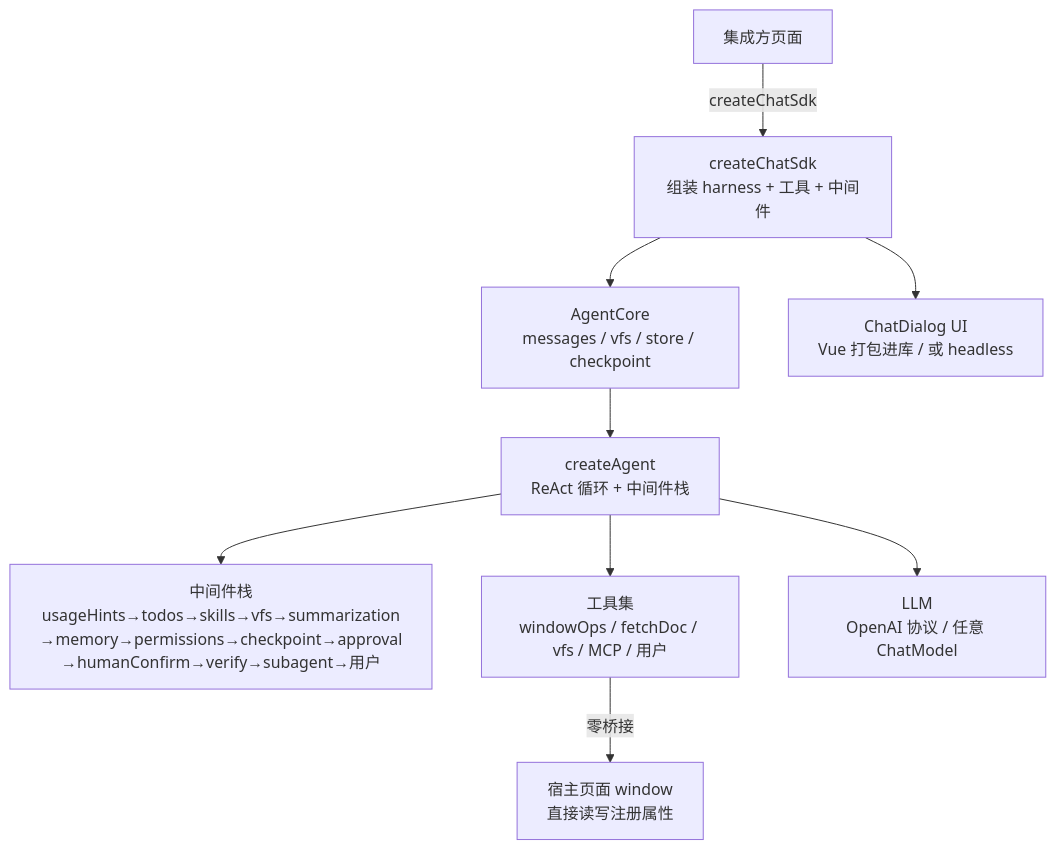
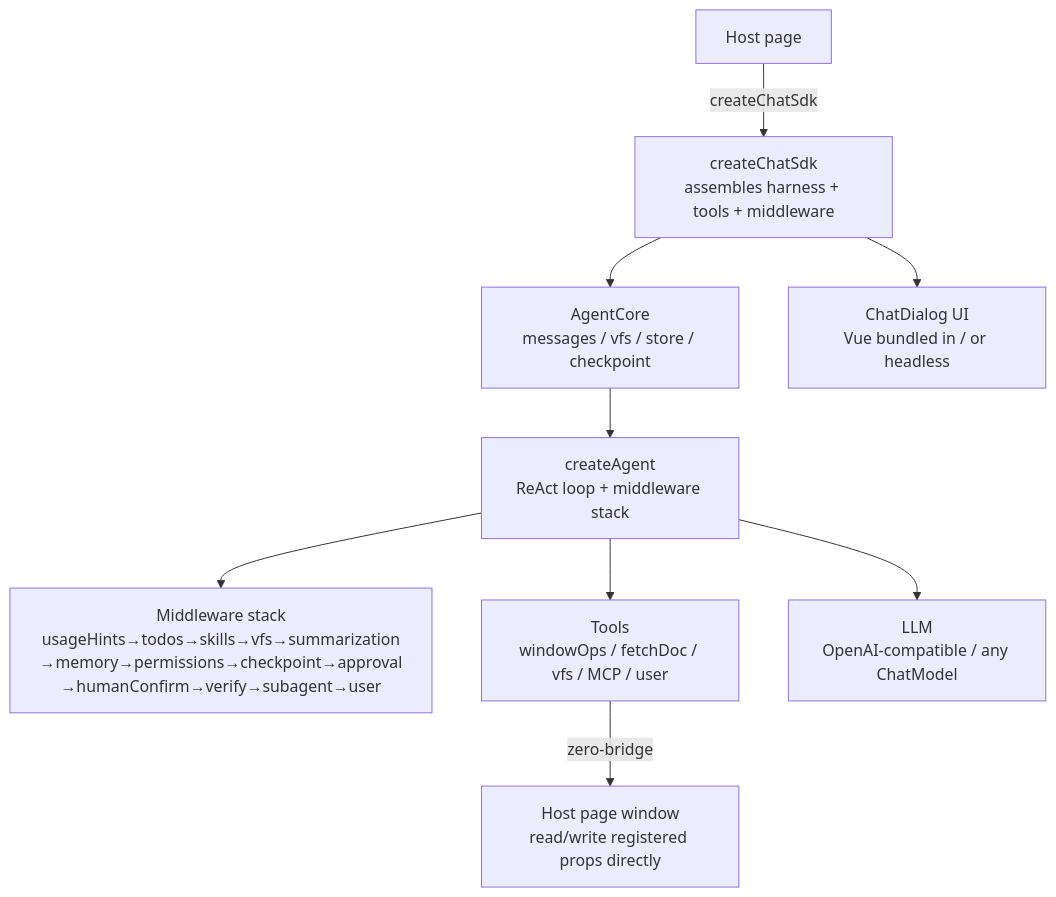
One commit to whyymj/chat-sdk changed the diagram in README.md. Above: the diagram before and after it, drawn with Mermaid. The commit also changed other lines of this file and 5 other files, not shown here.

````diff
--- a/README.md
+++ b/README.md
@@ -190,11 +247,11 @@
 ```mermaid
 flowchart TD
-    APP[集成方页面] -->|createChatSdk| SDK[createChatSdk<br/>组装 harness + 工具 + 中间件]
+    APP[Host page] -->|createChatSdk| SDK[createChatSdk<br/>assembles harness + tools + middleware]
     SDK --> CORE[AgentCore<br/>messages / vfs / store / checkpoint]
-    CORE --> AGENT[createAgent<br/>ReAct 循环 + 中间件栈]
-    AGENT --> MW[中间件栈<br/>usageHints→todos→skills→vfs→summarization<br/>→memory→permissions→checkpoint→approval<br/>→humanConfirm→verify→subagent→用户]
-    AGENT --> TOOLS[工具集<br/>windowOps / fetchDoc / vfs / MCP / 用户]
-    TOOLS -->|零桥接| WIN[宿主页面 window<br/>直接读写注册属性]
-    AGENT --> LLM[LLM<br/>OpenAI 协议 / 任意 ChatModel]
-    SDK --> UI[ChatDialog UI<br/>Vue 打包进库 / 或 headless]
+    CORE --> AGENT[createAgent<br/>ReAct loop + middleware stack]
+    AGENT --> MW[Middleware stack<br/>usageHints→todos→skills→vfs→summarization<br/>→memory→permissions→checkpoint→approval<br/>→humanConfirm→verify→subagent→user]
+    AGENT --> TOOLS[Tools<br/>windowOps / fetchDoc / vfs / MCP / user]
+    TOOLS -->|zero-bridge| WIN[Host page window<br/>read/write registered props directly]
+    AGENT --> LLM[LLM<br/>OpenAI-compatible / any ChatModel]
+    SDK --> UI[ChatDialog UI<br/>Vue bundled in / or headless]
 ```
````
